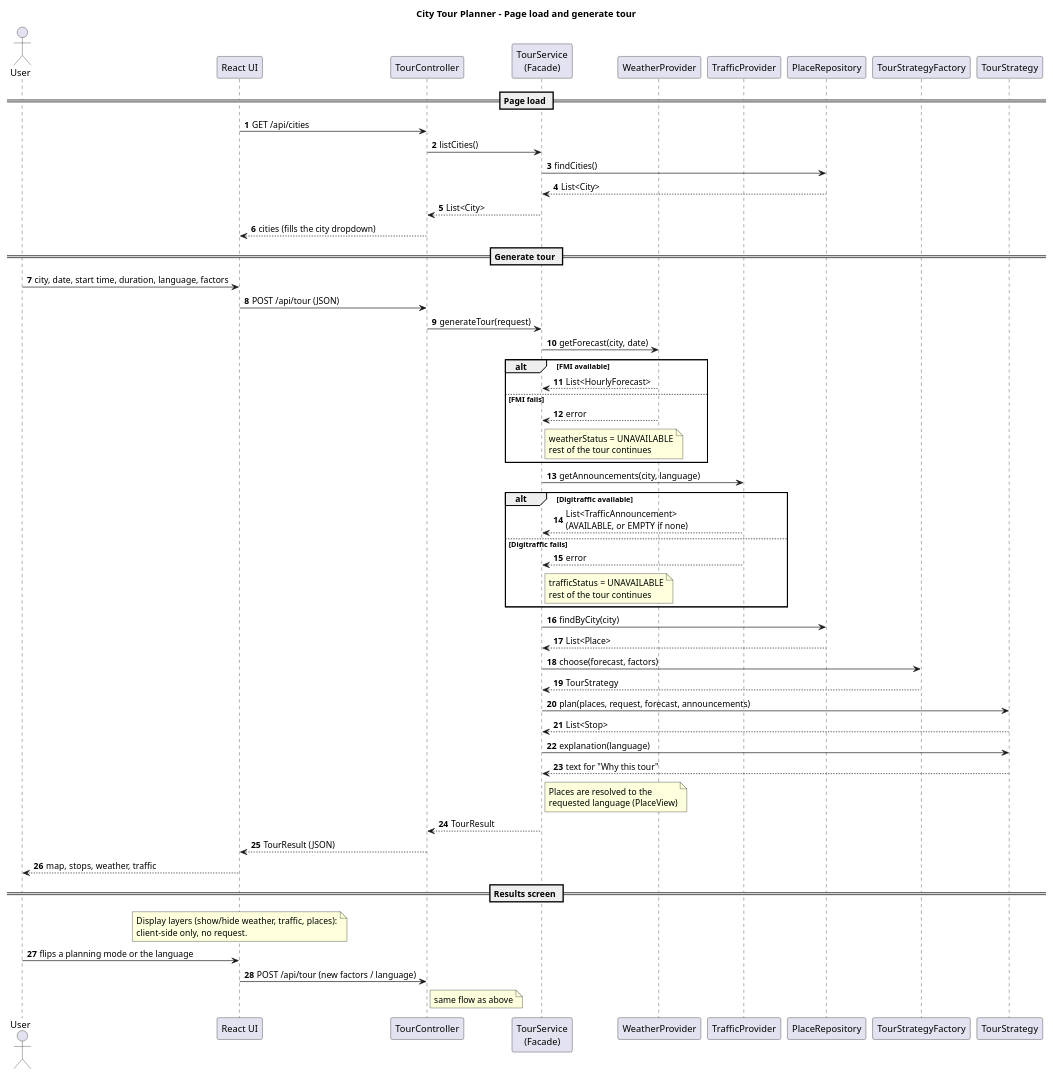
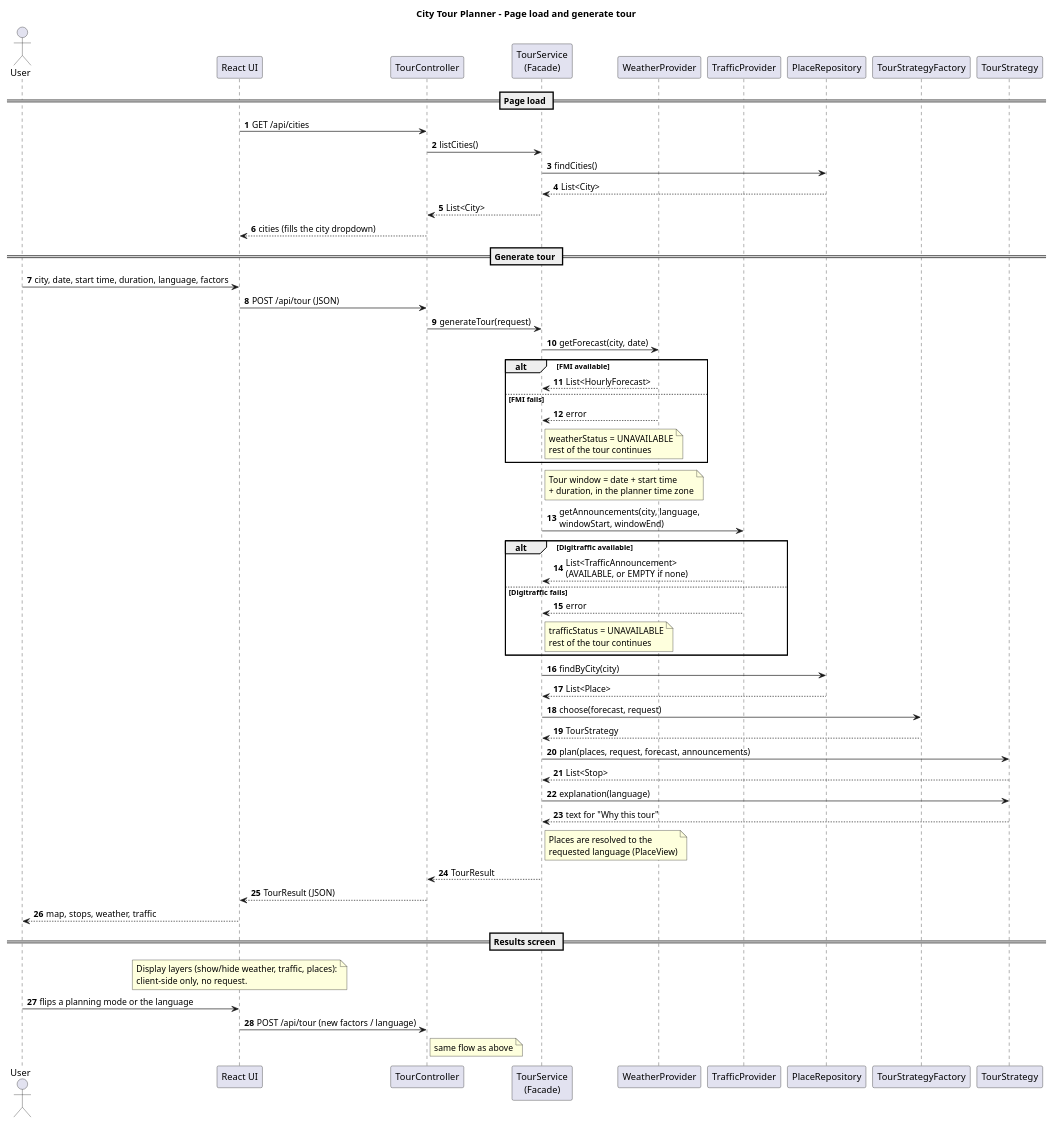
Before and after one commit to VSondur123/city-tour-planner: the diagram in backend/docs/generate-tour-sequence.puml, drawn with PlantUML. The commit also changed 29 other files, not shown here.

```diff
--- a/backend/docs/generate-tour-sequence.puml
+++ b/backend/docs/generate-tour-sequence.puml
@@ -1,67 +1,68 @@
 @startuml generate-tour-sequence
 title City Tour Planner - Page load and generate tour
 autonumber
 
 actor User
 participant "React UI" as UI
 participant TourController as C
 participant "TourService\n(Facade)" as S
 participant WeatherProvider as W
 participant TrafficProvider as T
 participant PlaceRepository as P
 participant TourStrategyFactory as F
 participant TourStrategy as St
 
 == Page load ==
 UI -> C : GET /api/cities
 C -> S : listCities()
 S -> P : findCities()
 P --> S : List<City>
 S --> C : List<City>
 C --> UI : cities (fills the city dropdown)
 
 == Generate tour ==
 User -> UI : city, date, start time, duration, language, factors
 UI -> C : POST /api/tour (JSON)
 C -> S : generateTour(request)
 
 S -> W : getForecast(city, date)
 alt FMI available
   W --> S : List<HourlyForecast>
 else FMI fails
   W --> S : error
   note right of S : weatherStatus = UNAVAILABLE\nrest of the tour continues
 end
 
-S -> T : getAnnouncements(city, language)
+note right of S : Tour window = date + start time\n+ duration, in the planner time zone
+S -> T : getAnnouncements(city, language,\nwindowStart, windowEnd)
 alt Digitraffic available
   T --> S : List<TrafficAnnouncement>\n(AVAILABLE, or EMPTY if none)
 else Digitraffic fails
   T --> S : error
   note right of S : trafficStatus = UNAVAILABLE\nrest of the tour continues
 end
 
 S -> P : findByCity(city)
 P --> S : List<Place>
 
-S -> F : choose(forecast, factors)
+S -> F : choose(forecast, request)
 F --> S : TourStrategy
 S -> St : plan(places, request, forecast, announcements)
 St --> S : List<Stop>
 S -> St : explanation(language)
 St --> S : text for "Why this tour"
 note right of S : Places are resolved to the\nrequested language (PlaceView)
 
 S --> C : TourResult
 C --> UI : TourResult (JSON)
 UI --> User : map, stops, weather, traffic
 
 == Results screen ==
 note over UI
   Display layers (show/hide weather, traffic, places):
   client-side only, no request.
 end note
 User -> UI : flips a planning mode or the language
 UI -> C : POST /api/tour (new factors / language)
 note right of C : same flow as above
 @enduml
```
